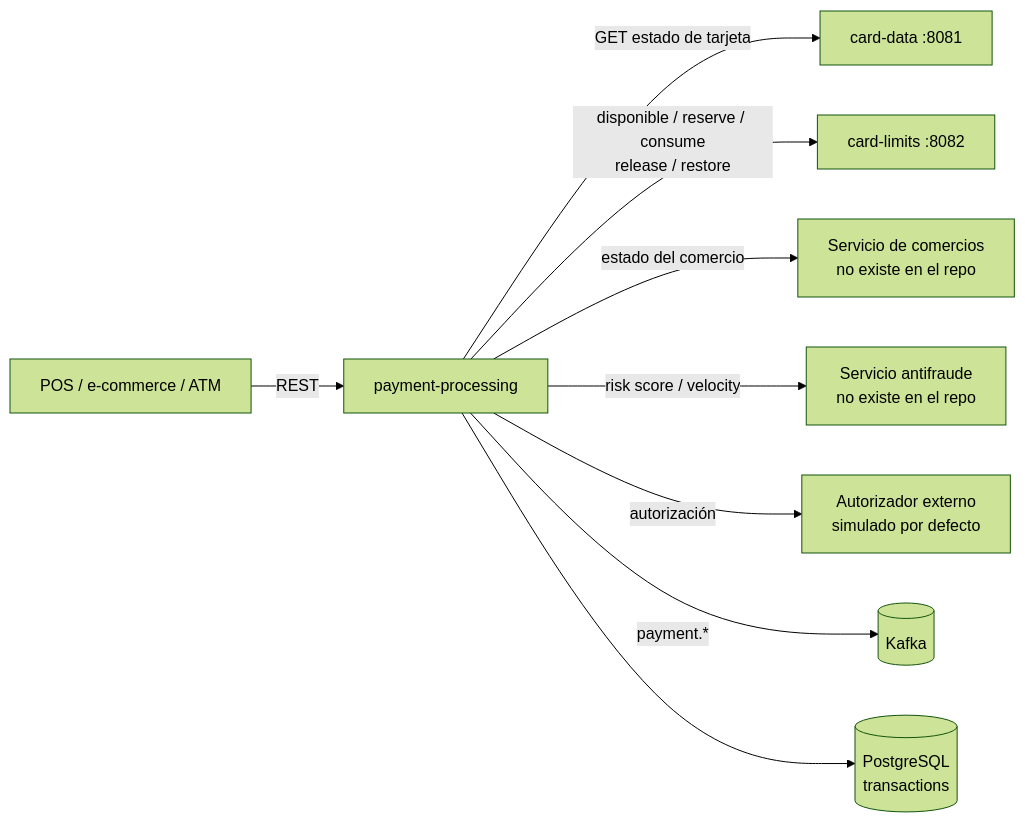
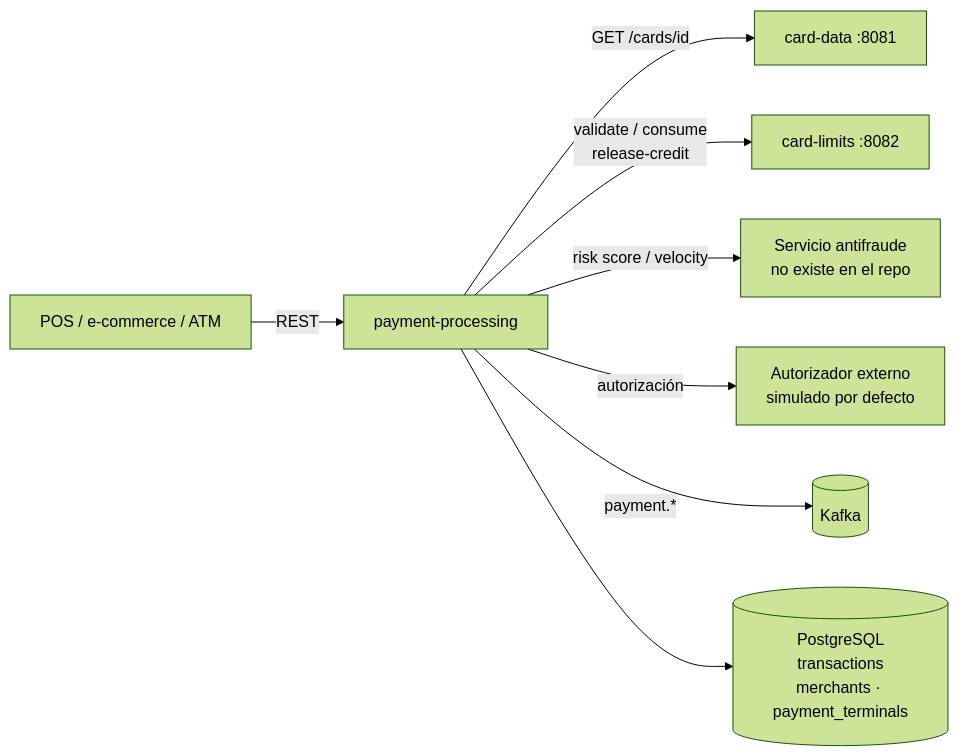
The first of 3 diagrams in docs/technical/PAYMENT.md (creditcard-managment/card-managment-service), drawn with Mermaid (forest theme) before and after one commit. The commit also changed other lines of this file and 31 other files, not shown here.

````diff
--- a/docs/technical/PAYMENT.md
+++ b/docs/technical/PAYMENT.md
@@ -26,11 +26,10 @@
 ```mermaid
 flowchart LR
     POS[POS / e-commerce / ATM] -->|REST| PP[payment-processing]
-    PP -->|GET estado de tarjeta| CD[card-data :8081]
-    PP -->|disponible / reserve / consume<br/>release / restore| CLM[card-limits :8082]
-    PP -->|estado del comercio| MS[Servicio de comercios<br/>no existe en el repo]
+    PP -->|GET /cards/id| CD[card-data :8081]
+    PP -->|validate / consume<br/>release-credit| CLM[card-limits :8082]
     PP -->|risk score / velocity| FS[Servicio antifraude<br/>no existe en el repo]
     PP -->|autorización| AS[Autorizador externo<br/>simulado por defecto]
     PP -->|payment.*| K[(Kafka)]
-    PP --> DB[(PostgreSQL<br/>transactions)]
+    PP --> DB[(PostgreSQL<br/>transactions<br/>merchants · payment_terminals)]
 ```
````
